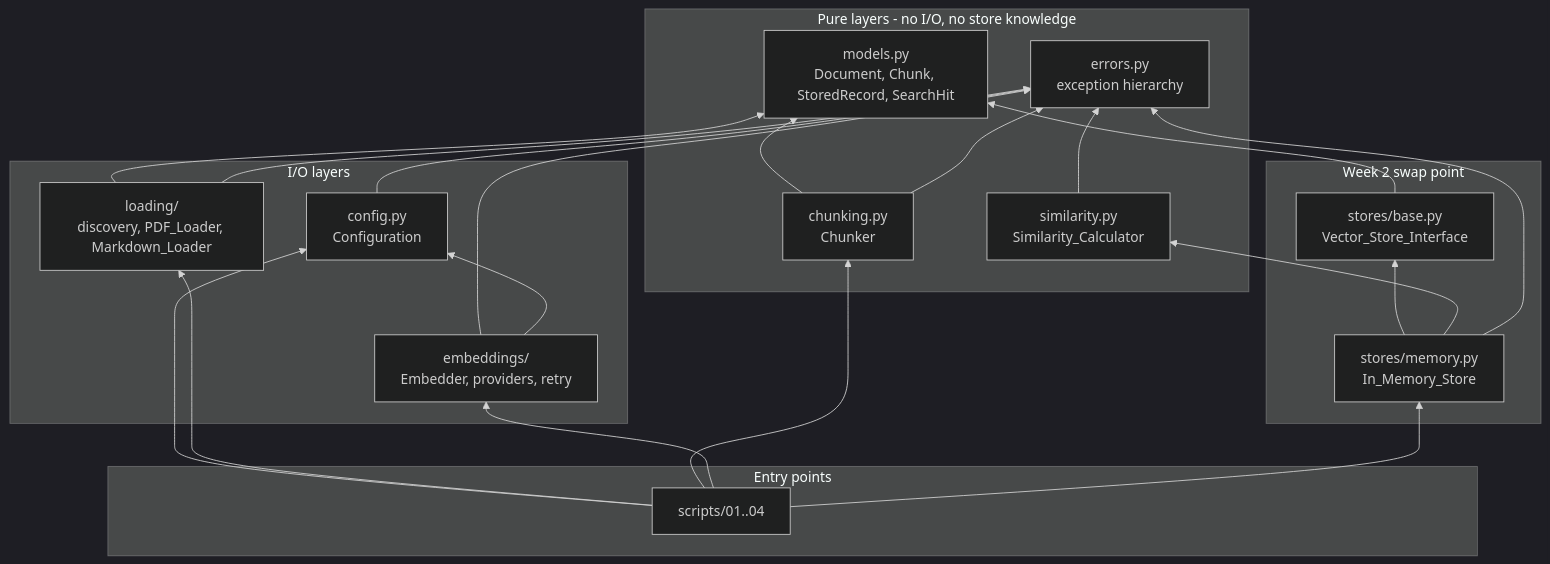
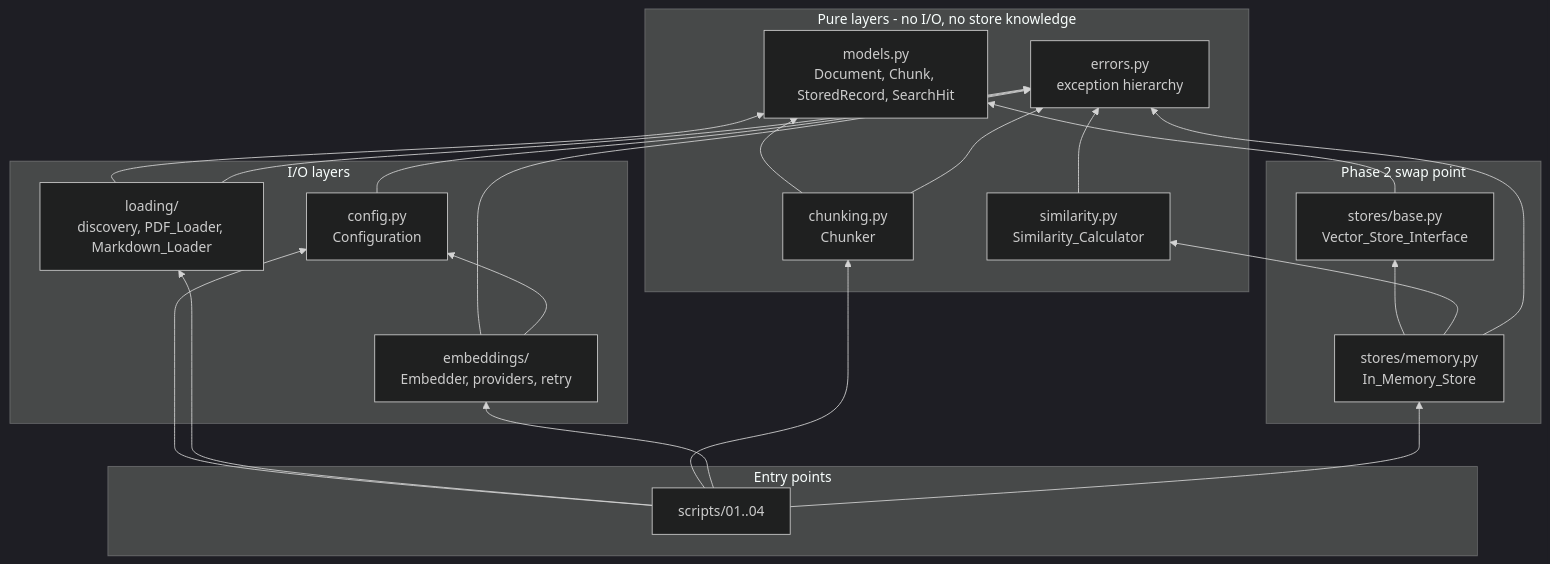
Before and after one commit to Iddrisusalima/ask-my-notes: the second of 3 diagrams in .kiro/specs/embeddings-chunking/design.md, drawn with Mermaid (dark theme). The commit also changed other lines of this file and 26 other files, not shown here.

First line of the commit message:
Rename Week 1/2/3 to Phase 1/2/3 throughout

````diff
--- a/.kiro/specs/embeddings-chunking/design.md
+++ b/.kiro/specs/embeddings-chunking/design.md
@@ -64,42 +64,42 @@
 ```mermaid
 flowchart BT
     subgraph pure["Pure layers - no I/O, no store knowledge"]
         models[models.py<br/>Document, Chunk, StoredRecord, SearchHit]
         errors[errors.py<br/>exception hierarchy]
         similarity[similarity.py<br/>Similarity_Calculator]
         chunking[chunking.py<br/>Chunker]
     end
 
     subgraph io["I/O layers"]
         config[config.py<br/>Configuration]
         loading[loading/<br/>discovery, PDF_Loader, Markdown_Loader]
         embeddings[embeddings/<br/>Embedder, providers, retry]
     end
 
-    subgraph swap["Week 2 swap point"]
+    subgraph swap["Phase 2 swap point"]
         storebase[stores/base.py<br/>Vector_Store_Interface]
         memstore[stores/memory.py<br/>In_Memory_Store]
     end
 
     subgraph entry["Entry points"]
         scripts[scripts/01..04]
     end
 
     chunking --> models
     chunking --> errors
     similarity --> errors
     loading --> models
     loading --> errors
     embeddings --> errors
     embeddings --> config
     config --> errors
     storebase --> models
     memstore --> storebase
     memstore --> similarity
     memstore --> errors
     scripts --> config
     scripts --> loading
     scripts --> chunking
     scripts --> embeddings
     scripts --> memstore
 ```
````
